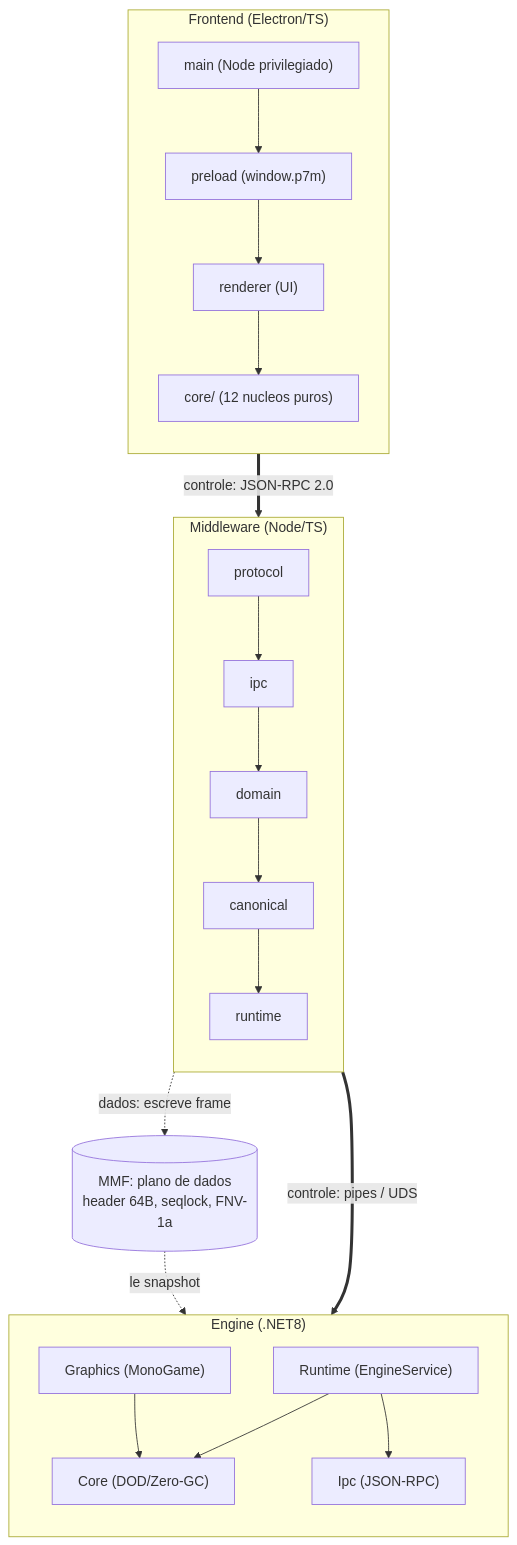
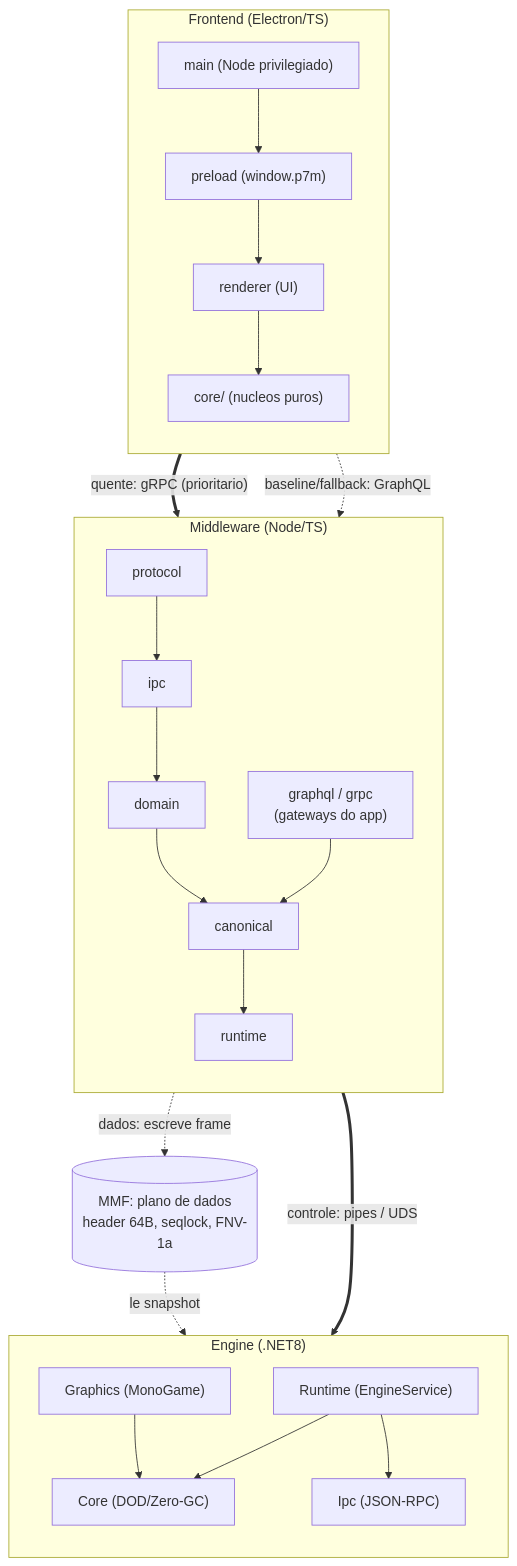
The first of 6 diagrams in docs/ARCHITECTURE.md (flaviotinococoutinho/Gridsmith), drawn with Mermaid before and after one commit. The commit also changed other lines of this file and 49 other files, not shown here.

````diff
--- a/docs/ARCHITECTURE.md
+++ b/docs/ARCHITECTURE.md
@@ -5,35 +5,38 @@
 ```mermaid
 graph TD
   subgraph FE["Frontend (Electron/TS)"]
     direction TB
     FEmain["main (Node privilegiado)"]
     FEpre["preload (window.p7m)"]
     FErnd["renderer (UI)"]
-    FEcore["core/ (12 nucleos puros)"]
+    FEcore["core/ (nucleos puros)"]
     FEmain --> FEpre --> FErnd --> FEcore
   end
   subgraph MW["Middleware (Node/TS)"]
     direction TB
+    MWapp["graphql / grpc<br/>(gateways do app)"]
     MWproto["protocol"]
     MWipc["ipc"]
     MWdom["domain"]
     MWcanon["canonical"]
     MWrt["runtime"]
     MWproto --> MWipc --> MWdom --> MWcanon --> MWrt
+    MWapp --> MWcanon
   end
   subgraph EN["Engine (.NET8)"]
     direction TB
     ENgfx["Graphics (MonoGame)"]
     ENrt["Runtime (EngineService)"]
     ENcore["Core (DOD/Zero-GC)"]
     ENipc["Ipc (JSON-RPC)"]
     ENrt --> ENcore
     ENrt --> ENipc
     ENgfx --> ENcore
   end
   MMF[("MMF: plano de dados<br/>header 64B, seqlock, FNV-1a")]
-  FEmain == "controle: JSON-RPC 2.0" ==> MWproto
+  FEmain == "quente: gRPC (prioritario)" ==> MWapp
+  FEmain -. "baseline/fallback: GraphQL" .-> MWapp
   MWipc == "controle: pipes / UDS" ==> ENipc
   MWrt -. "dados: escreve frame" .-> MMF
   MMF -. "le snapshot" .-> ENcore
 ```
````
